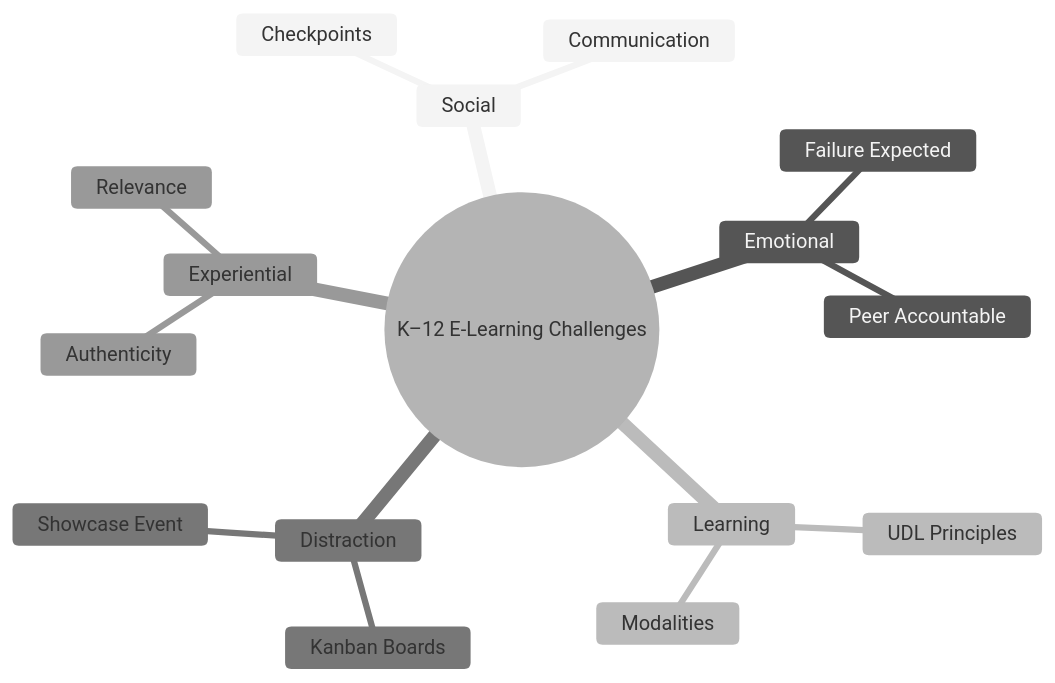
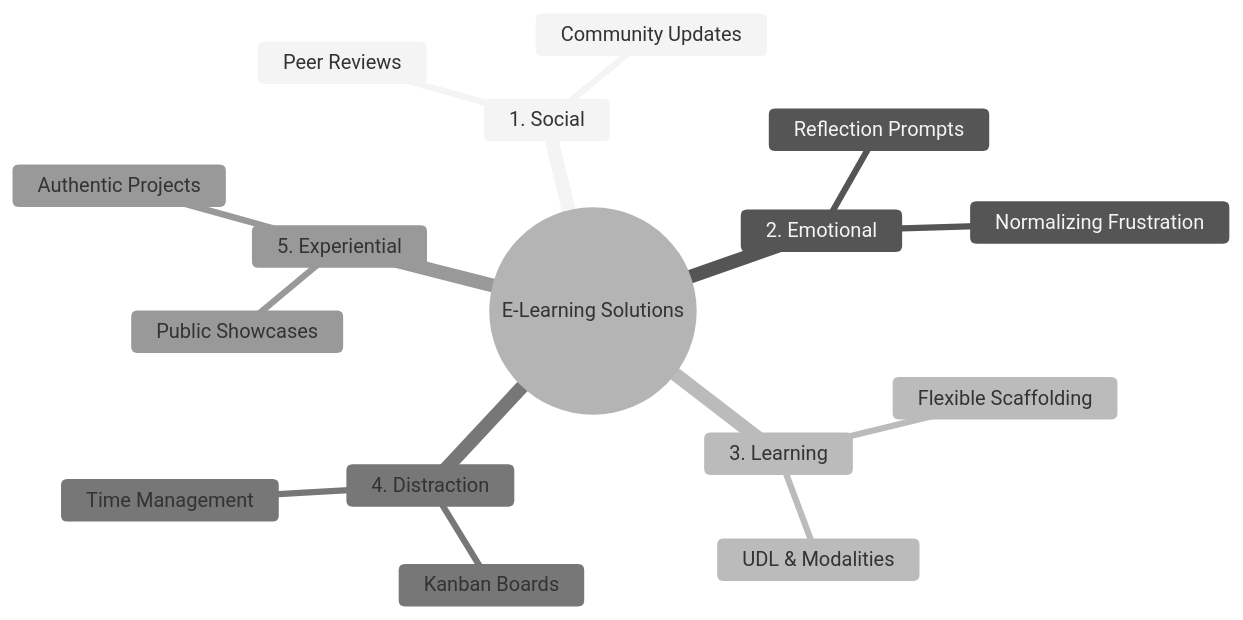
Before and after one commit to Open-Coding-Society/pages: the second of 2 diagrams in _posts/WGU/2025-11-11-learning-elearning-challengs.md, drawn with Mermaid (neutral theme). The commit also changed other lines of this file, not shown here.

Commit message:
conclusion help

````diff
--- a/_posts/WGU/2025-11-11-learning-elearning-challengs.md
+++ b/_posts/WGU/2025-11-11-learning-elearning-challengs.md
@@ -132,19 +133,19 @@
 ```mermaid
 mindmap
-  root((K–12 E-Learning Challenges))
-    Social
-      Communication
-      Checkpoints
-    Emotional
-      Failure Expected
-      Peer Accountable
-    Learning
-      UDL Principles
-      Modalities
-    Distraction
+  root((E-Learning Solutions))
+    1. Social
+      Peer Reviews
+      Community Updates
+    2. Emotional
+      Reflection Prompts
+      Normalizing Frustration
+    3. Learning
+      UDL & Modalities
+      Flexible Scaffolding
+    4. Distraction
       Kanban Boards
-      Showcase Event
-    Experiential
-      Authenticity
-      Relevance
+      Time Management
+    5. Experiential
+      Authentic Projects
+      Public Showcases
 ```
````
